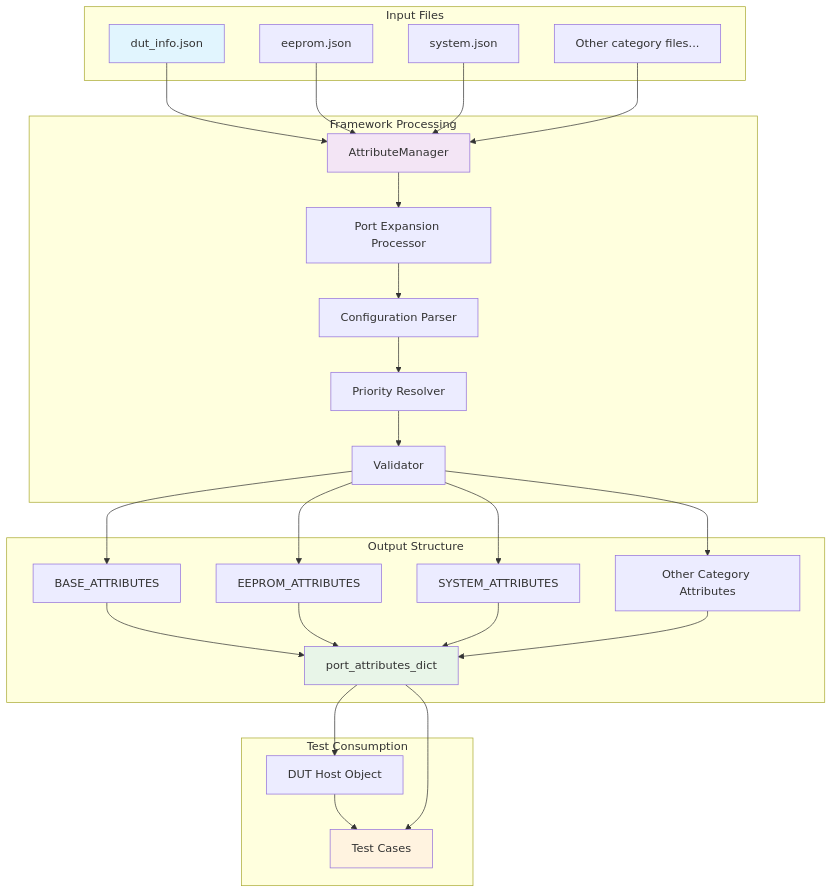
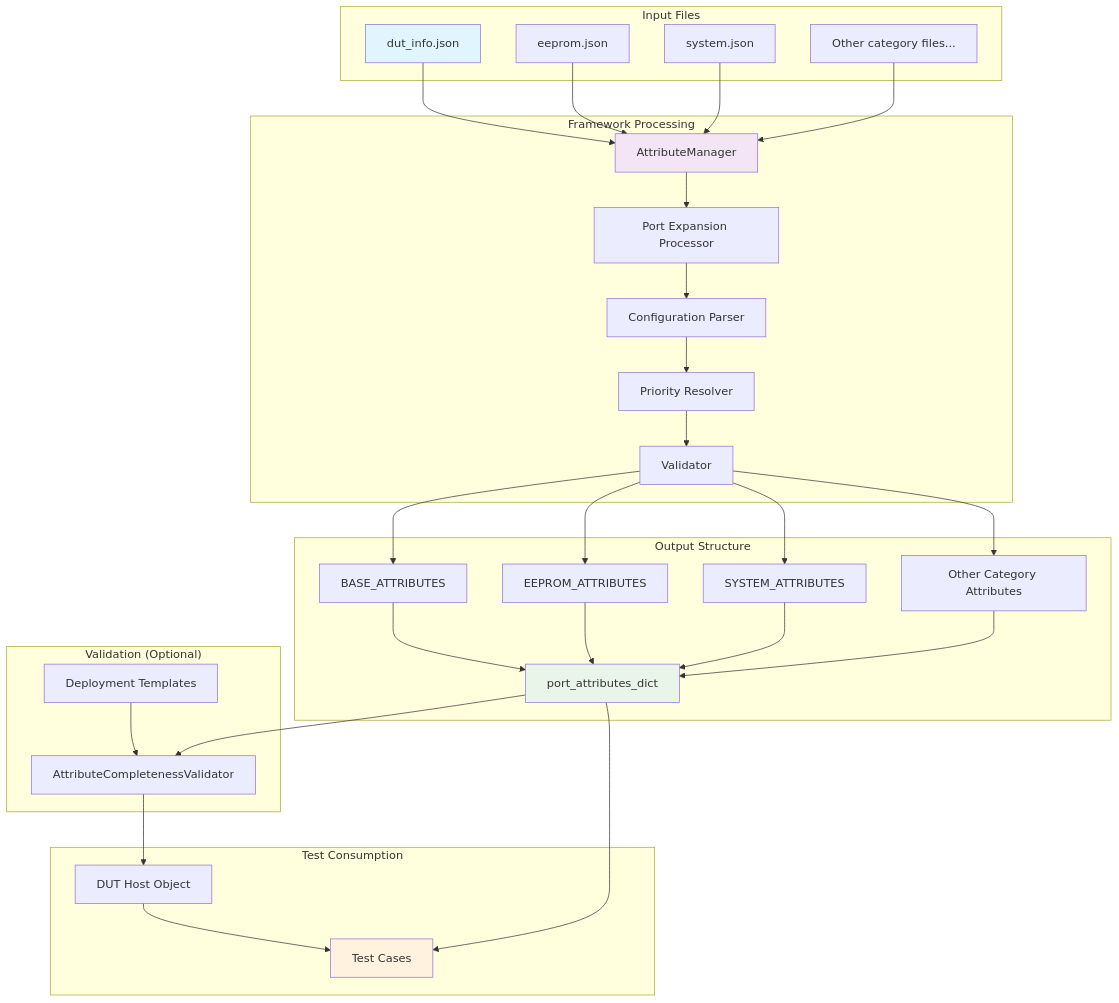
One commit to sonic-net/sonic-mgmt changed the first of 2 diagrams in docs/testplan/transceiver/diagrams/data_flow.md. Above: the diagram before and after it, drawn with Mermaid. The commit also changed other lines of this file and 4 other files, not shown here.

Commit message:
Added attribute validator

````diff
--- a/docs/testplan/transceiver/diagrams/data_flow.md
+++ b/docs/testplan/transceiver/diagrams/data_flow.md
@@ -5,59 +5,66 @@
 ```mermaid
 graph TB
     subgraph "Input Files"
         A[dut_info.json]
         B[eeprom.json]
         C[system.json] 
         D[Other category files...]
     end
     
     subgraph "Framework Processing"
         E[AttributeManager]
         F[Port Expansion Processor]
         G[Configuration Parser]
         H[Priority Resolver]
         I[Validator]
     end
     
     subgraph "Output Structure"
         J[port_attributes_dict]
         K[BASE_ATTRIBUTES]
         L[EEPROM_ATTRIBUTES]
         M[SYSTEM_ATTRIBUTES]
         N[Other Category Attributes]
+    end
+    
+    subgraph "Validation (Optional)"
+        Q[Deployment Templates]
+        R[AttributeCompletenessValidator]
     end
     
     subgraph "Test Consumption"
         O[Test Cases]
         P[DUT Host Object]
     end
     
     A --> E
     B --> E
     C --> E
     D --> E
     
     E --> F
     F --> G
     G --> H
     H --> I
     
     I --> K
     I --> L
     I --> M
     I --> N
     
     K --> J
     L --> J
     M --> J
     N --> J
     
-    J --> P
+    J --> R
+    Q --> R
+    R --> P
     P --> O
     J --> O
     
     style A fill:#e1f5fe
     style E fill:#f3e5f5
     style J fill:#e8f5e8
     style O fill:#fff3e0
 ```
````
